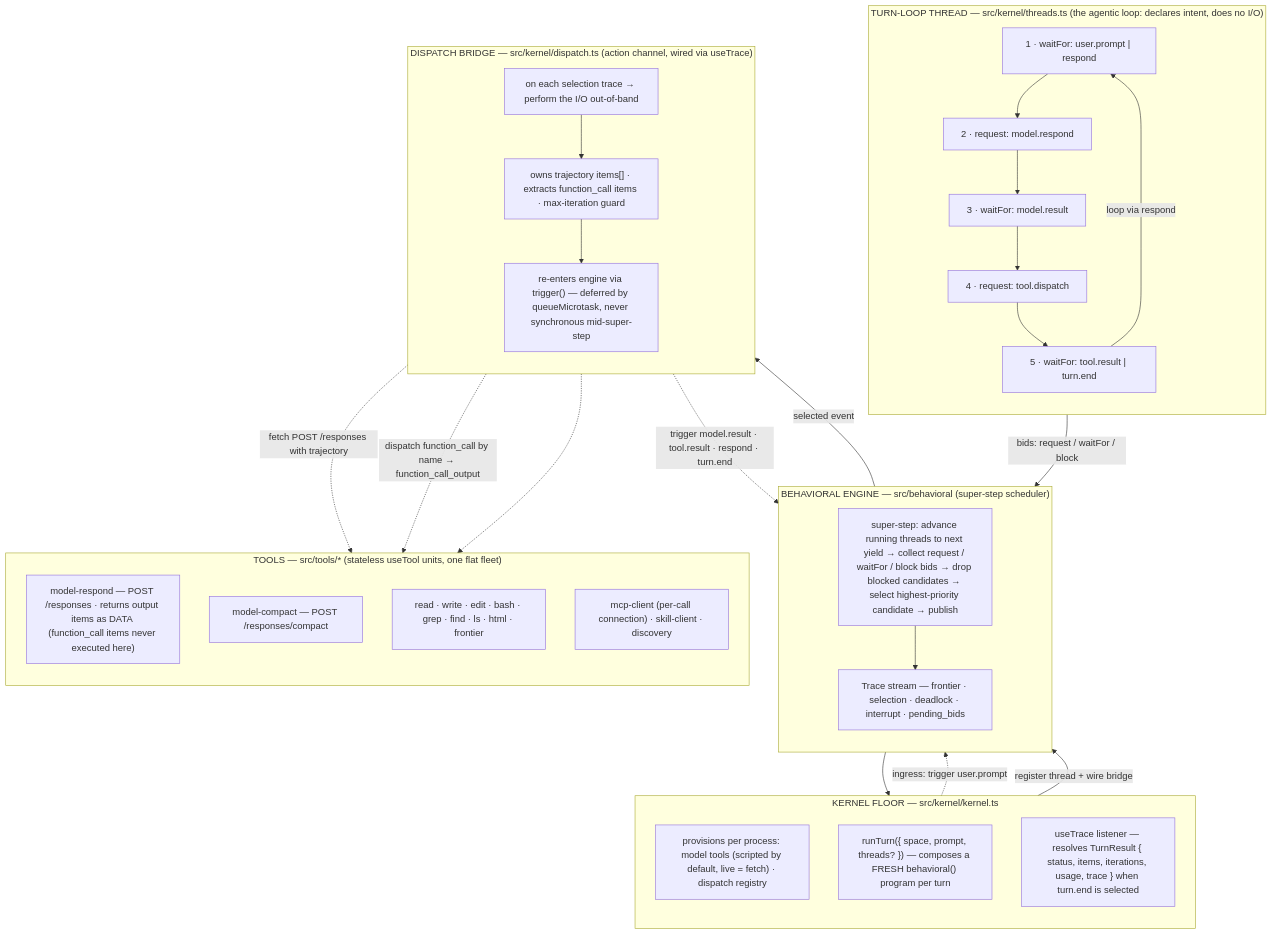
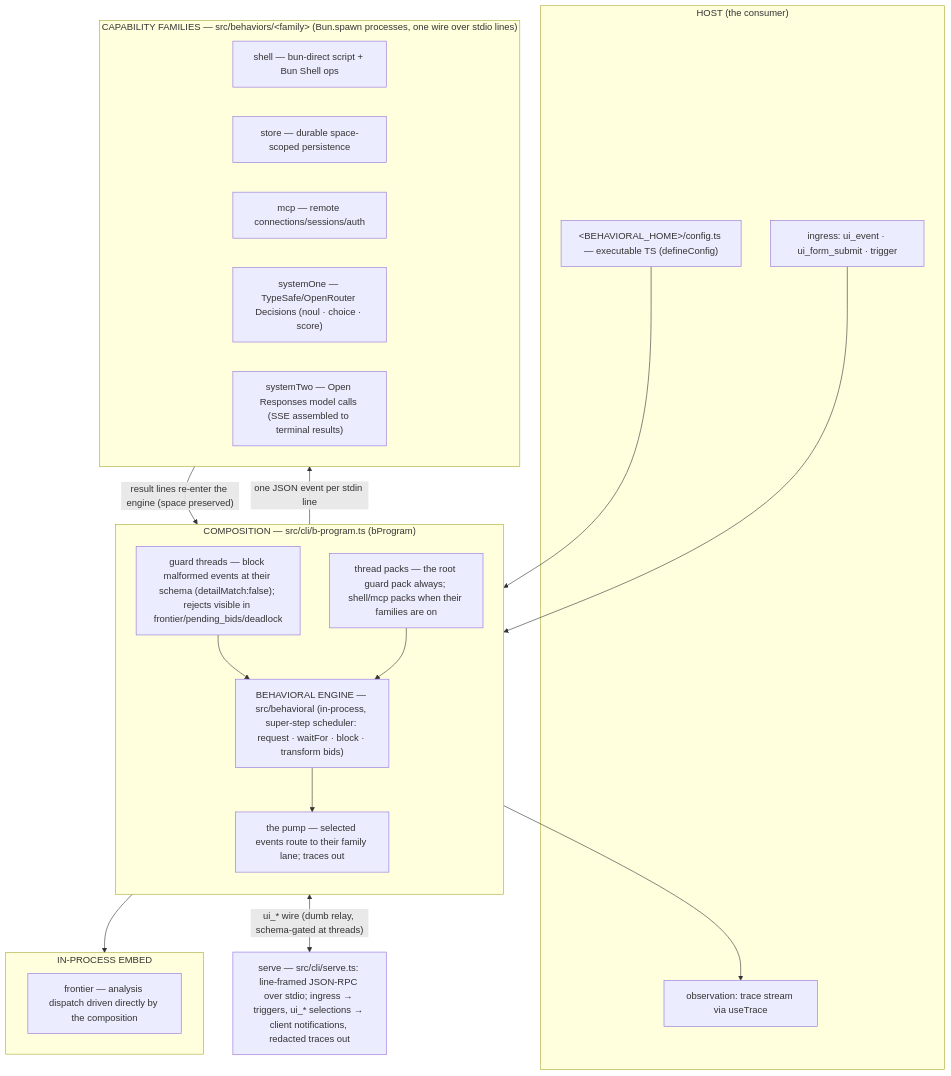
Before and after one commit to plaited/behavioral: the diagram in README.md, drawn with Mermaid. The commit also changed other lines of this file, not shown here.

First line of the commit message:
docs: readme rewritten for the harness architecture

````diff
--- a/README.md
+++ b/README.md
@@ -19,53 +16,41 @@
 ```mermaid
 flowchart TD
-  subgraph KERNEL["KERNEL FLOOR — src/kernel/kernel.ts"]
-    direction TB
-    K_PROV["provisions per process: model tools (scripted by default, live = fetch) · dispatch registry"]
-    K_RUN["runTurn({ space, prompt, threads? }) — composes a FRESH behavioral() program per turn"]
-    K_RES["useTrace listener — resolves TurnResult { status, items, iterations, usage, trace } when turn.end is selected"]
+  subgraph HOST["HOST (the consumer)"]
+    CONFIG["&lt;BEHAVIORAL_HOME&gt;/config.ts — executable TS (defineConfig)"]
+    INGRESS["ingress: ui_event · ui_form_submit · trigger"]
+    OUT["observation: trace stream via useTrace"]
   end
 
-  subgraph ENGINE["BEHAVIORAL ENGINE — src/behavioral (super-step scheduler)"]
+  subgraph COMPOSE["COMPOSITION — src/cli/b-program.ts (bProgram)"]
     direction TB
-    SS["super-step: advance running threads to next yield → collect request / waitFor / block bids → drop blocked candidates → select highest-priority candidate → publish"]
-    TRACE["Trace stream — frontier · selection · deadlock · interrupt · pending_bids"]
-    SS --> TRACE
+    ENGINE["BEHAVIORAL ENGINE — src/behavioral (in-process, super-step scheduler: request · waitFor · block · transform bids)"]
+    ROUTER["the pump — selected events route to their family lane; traces out"]
+    GUARDS["guard threads — block malformed events at their schema (detailMatch:false); rejects visible in frontier/pending_bids/deadlock"]
+    PACKS["thread packs — the root guard pack always; shell/mcp packs when their families are on"]
+    ENGINE --> ROUTER
+    GUARDS --> ENGINE
+    PACKS --> ENGINE
   end
 
-  subgraph THREAD["TURN-LOOP THREAD — src/kernel/threads.ts (the agentic loop: declares intent, does no I/O)"]
-    direction TB
-    R1["1 · waitFor: user.prompt | respond"]
-    R2["2 · request: model.respond"]
-    R3["3 · waitFor: model.result"]
-    R4["4 · request: tool.dispatch"]
-    R5["5 · waitFor: tool.result | turn.end"]
-    R1 --> R2 --> R3 --> R4 --> R5
-    R5 -->|"loop via respond"| R1
+  subgraph FAMILIES["CAPABILITY FAMILIES — src/behaviors/&lt;family&gt; (Bun.spawn processes, one wire over stdio lines)"]
+    SHELL["shell — bun-direct script + Bun Shell ops"]
+    STORE["store — durable space-scoped persistence"]
+    MCP["mcp — remote connections/sessions/auth"]
+    S1["systemOne — TypeSafe/OpenRouter Decisions (noul · choice · score)"]
+    S2["systemTwo — Open Responses model calls (SSE assembled to terminal results)"]
   end
 
-  subgraph BRIDGE["DISPATCH BRIDGE — src/kernel/dispatch.ts (action channel, wired via useTrace)"]
-    direction TB
-    B_ACT["on each selection trace → perform the I/O out-of-band"]
-    B_TRAJ["owns trajectory items[] · extracts function_call items · max-iteration guard"]
-    B_FIRE["re-enters engine via trigger() — deferred by queueMicrotask, never synchronous mid-super-step"]
-    B_ACT --> B_TRAJ --> B_FIRE
+  subgraph EMBED["IN-PROCESS EMBED"]
+    FRONTIER["frontier — analysis dispatch driven directly by the composition"]
   end
 
-  subgraph TOOLS["TOOLS — src/tools/* (stateless useTool units, one flat fleet)"]
-    direction TB
-    T_MODEL["model-respond — POST /responses · returns output items as DATA (function_call items never executed here)"]
-    T_COMPACT["model-compact — POST /responses/compact"]
-    T_CORE["read · write · edit · bash · grep · find · ls · html · frontier"]
-    T_EXT["mcp-client (per-call connection) · skill-client · discovery"]
-  end
+  IPC["serve — src/cli/serve.ts: line-framed JSON-RPC over stdio; ingress → triggers, ui_* selections → client notifications, redacted traces out"]
 
-  K_RUN -->|"register thread + wire bridge"| ENGINE
-  K_RUN -.->|"ingress: trigger user.prompt"| SS
-  THREAD -->|"bids: request / waitFor / block"| SS
-  SS -->|"selected event"| B_ACT
-  B_ACT -.->|"fetch POST /responses with trajectory"| T_MODEL
-  B_ACT -.->|"dispatch function_call by name → function_call_output"| T_CORE
-  B_ACT -.-> T_EXT
-  B_FIRE -.->|"trigger model.result · tool.result · respond · turn.end"| SS
-  TRACE --> K_RES
+  CONFIG --> COMPOSE
+  INGRESS --> COMPOSE
+  COMPOSE --> OUT
+  ROUTER -->|"one JSON event per stdin line"| FAMILIES
+  FAMILIES -->|"result lines re-enter the engine (space preserved)"| ROUTER
+  COMPOSE --> EMBED
+  COMPOSE <-->|"ui_* wire (dumb relay, schema-gated at threads)"| IPC
 ```
````
